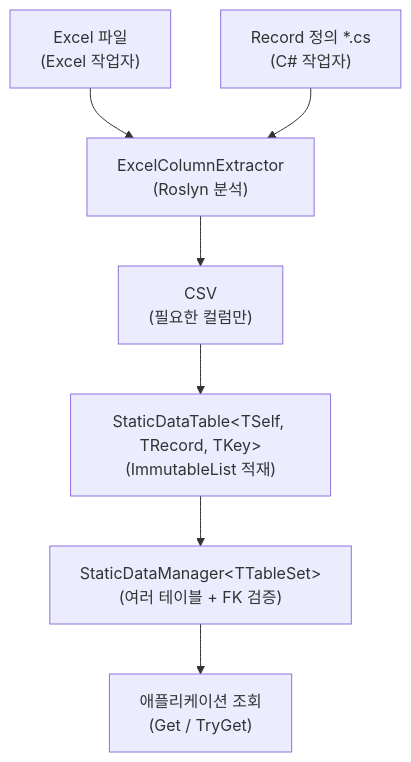
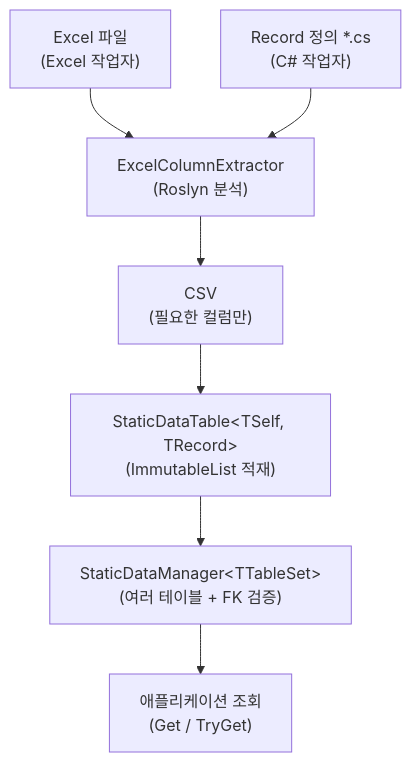
The diagram in Docs/ko/01-introduction.md (bluekms/StaticDataPipeline), drawn with Mermaid before and after one commit. The commit also changed other lines of this file and 15 other files, not shown here.

````diff
--- a/Docs/ko/01-introduction.md
+++ b/Docs/ko/01-introduction.md
@@ -31,17 +42,17 @@
 ```mermaid
 flowchart TB
     Excel["Excel 파일<br/>(Excel 작업자)"]
     Record["Record 정의 *.cs<br/>(C# 작업자)"]
     Extractor["ExcelColumnExtractor<br/>(Roslyn 분석)"]
     Csv["CSV<br/>(필요한 컬럼만)"]
-    Table["StaticDataTable&lt;TSelf, TRecord, TKey&gt;<br/>(ImmutableList 적재)"]
+    Table["StaticDataTable&lt;TSelf, TRecord&gt;<br/>(ImmutableList 적재)"]
     Manager["StaticDataManager&lt;TTableSet&gt;<br/>(여러 테이블 + FK 검증)"]
     App["애플리케이션 조회<br/>(Get / TryGet)"]
 
     Excel --> Extractor
     Record --> Extractor
     Extractor --> Csv
     Csv --> Table
     Table --> Manager
     Manager --> App
 ```
````
